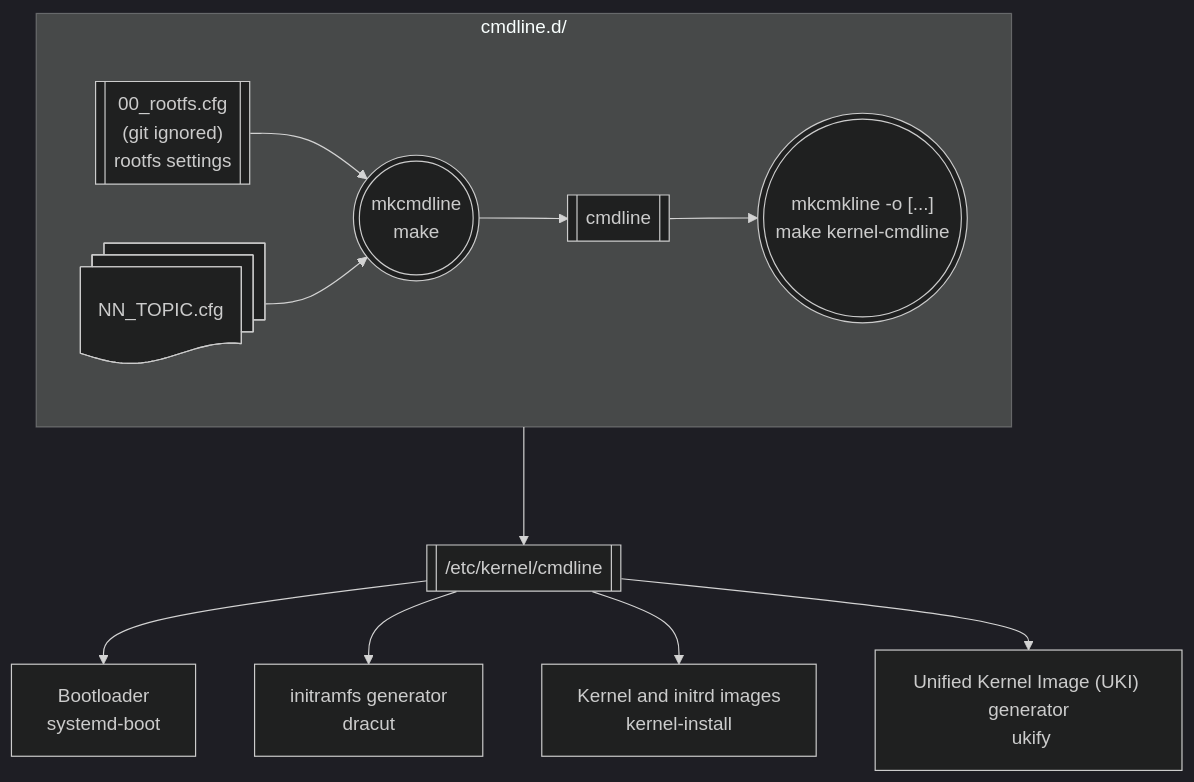
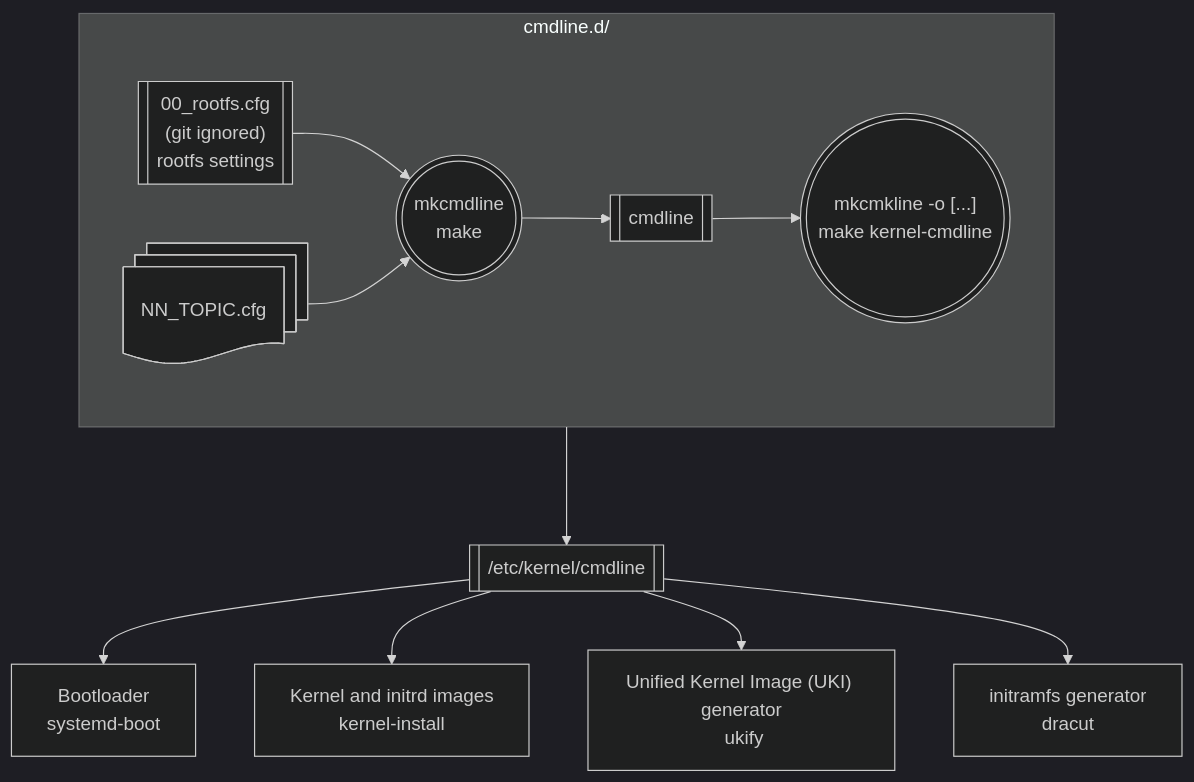
One commit to Falkor/mkcmdline changed the diagram in README.md. Above: the diagram before and after it, drawn with Mermaid (dark theme). The commit also changed other lines of this file, not shown here.

````diff
--- a/README.md
+++ b/README.md
@@ -23,17 +23,17 @@
 ```mermaid
 flowchart TB
  subgraph cmdline.d/
  	direction LR
      rootfs[["00_rootfs.cfg\n(git ignored)\n rootfs settings"]]
      cfg@{ shape: docs, label: "NN_TOPIC.cfg"}
      script((("mkcmdline\nmake"))) --> out[[cmdline]] --> make((("mkcmkline -o [...]\nmake kernel-cmdline")))
      rootfs  --> script
      cfg   --> script
  end
  k[[/etc/kernel/cmdline]]
  make ---> k
  k --> bl["Bootloader\nsystemd-boot"]
- k --> dracut["initramfs generator\ndracut"]
  k --> kinst["Kernel and initrd images\nkernel-install"]
  k --> uki["Unified Kernel Image (UKI) generator\n ukify"]
+ k --> dracut["initramfs generator\ndracut"]
 ```
````
